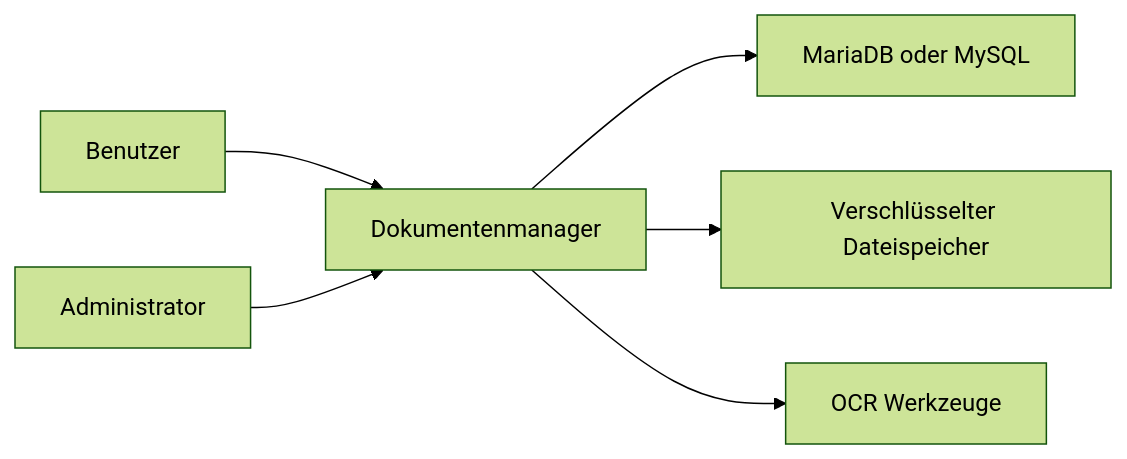
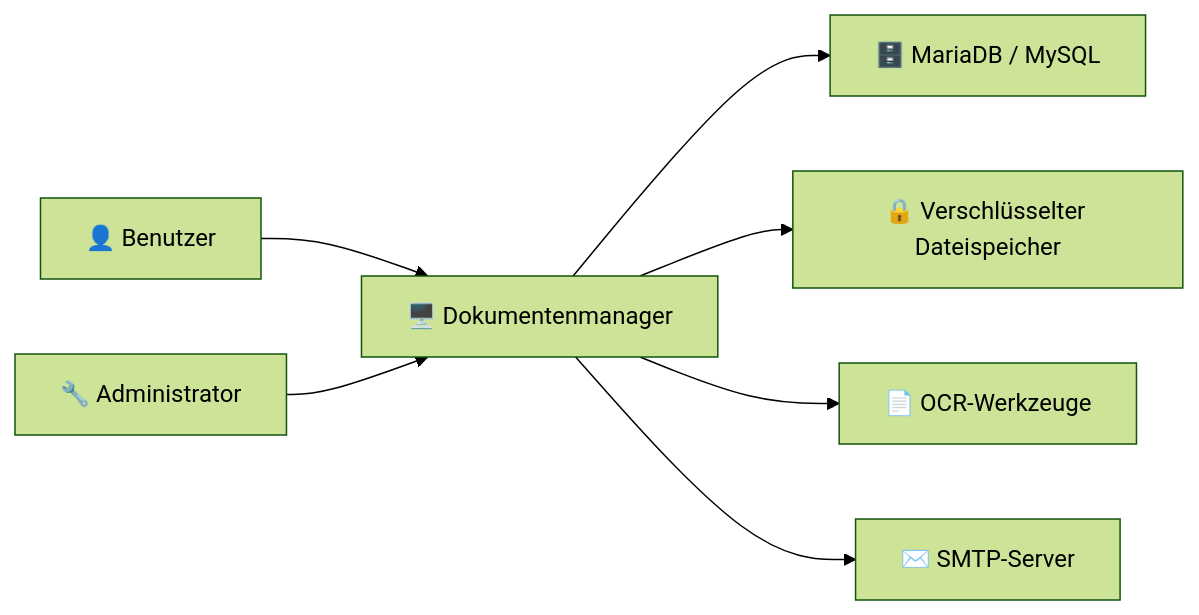
Before and after one commit to CHFChris/Dokumentation-zur-Projektarbeit: the first of 5 diagrams in docs/developer/architecture.md, drawn with Mermaid (forest theme). The commit also changed other lines of this file and 19 other files, not shown here.

````diff
--- a/docs/developer/architecture.md
+++ b/docs/developer/architecture.md
@@ -9,8 +11,9 @@
 ```mermaid
 flowchart LR
-    U[Benutzer] --> W[Dokumentenmanager]
-    A[Administrator] --> W
-    W --> DB[MariaDB oder MySQL]
-    W --> FS[Verschlüsselter Dateispeicher]
-    W --> OCR[OCR Werkzeuge]
+    U["👤 Benutzer"] --> W["🖥️ Dokumentenmanager"]
+    A["🔧 Administrator"] --> W
+    W --> DB["🗄️ MariaDB / MySQL"]
+    W --> FS["🔒 Verschlüsselter Dateispeicher"]
+    W --> OCR["📄 OCR-Werkzeuge"]
+    W --> SMTP["✉️ SMTP-Server"]
 ```
````
